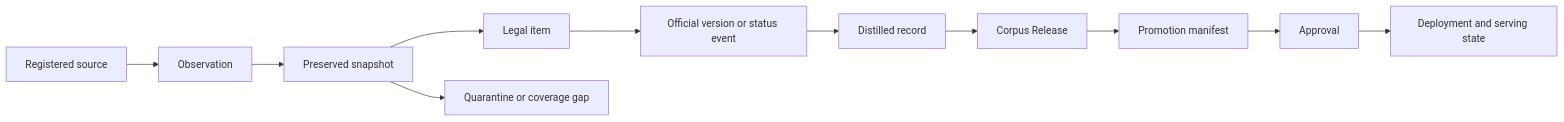
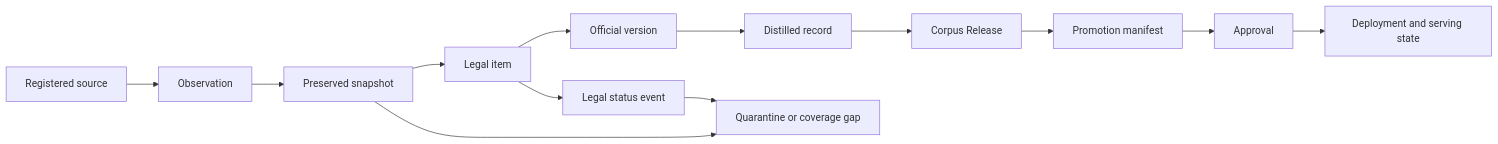
One commit to stevw-repo/AutonomousLCP changed the seventh of 23 diagrams in docs/design/INITIAL_OVERALL_PIPELINE_DESIGN.md. Above: the diagram before and after it, drawn with Mermaid. The commit also changed other lines of this file and 96 other files, not shown here.

````diff
--- a/docs/design/INITIAL_OVERALL_PIPELINE_DESIGN.md
+++ b/docs/design/INITIAL_OVERALL_PIPELINE_DESIGN.md
@@ -318,13 +475,15 @@
 ```mermaid
 flowchart LR
     SR["Registered source"] --> OB["Observation"]
     OB --> SS["Preserved snapshot"]
     SS --> LI["Legal item"]
-    LI --> LV["Official version or status event"]
+    LI --> LV["Official version"]
+    LI --> LE["Legal status event"]
     LV --> DR["Distilled record"]
+    LE --> GAP
     DR --> CR["Corpus Release"]
     CR --> PM["Promotion manifest"]
     PM --> AP["Approval"]
     AP --> DS["Deployment and serving state"]
     SS --> GAP["Quarantine or coverage gap"]
 ```
````
